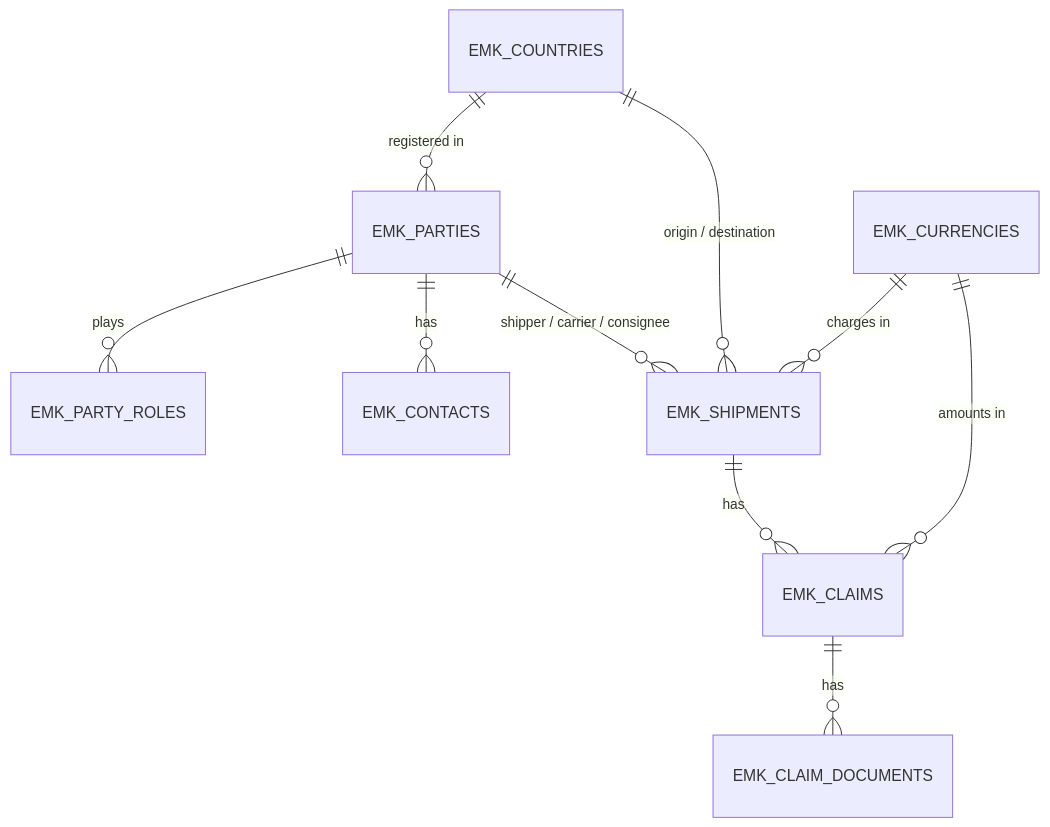
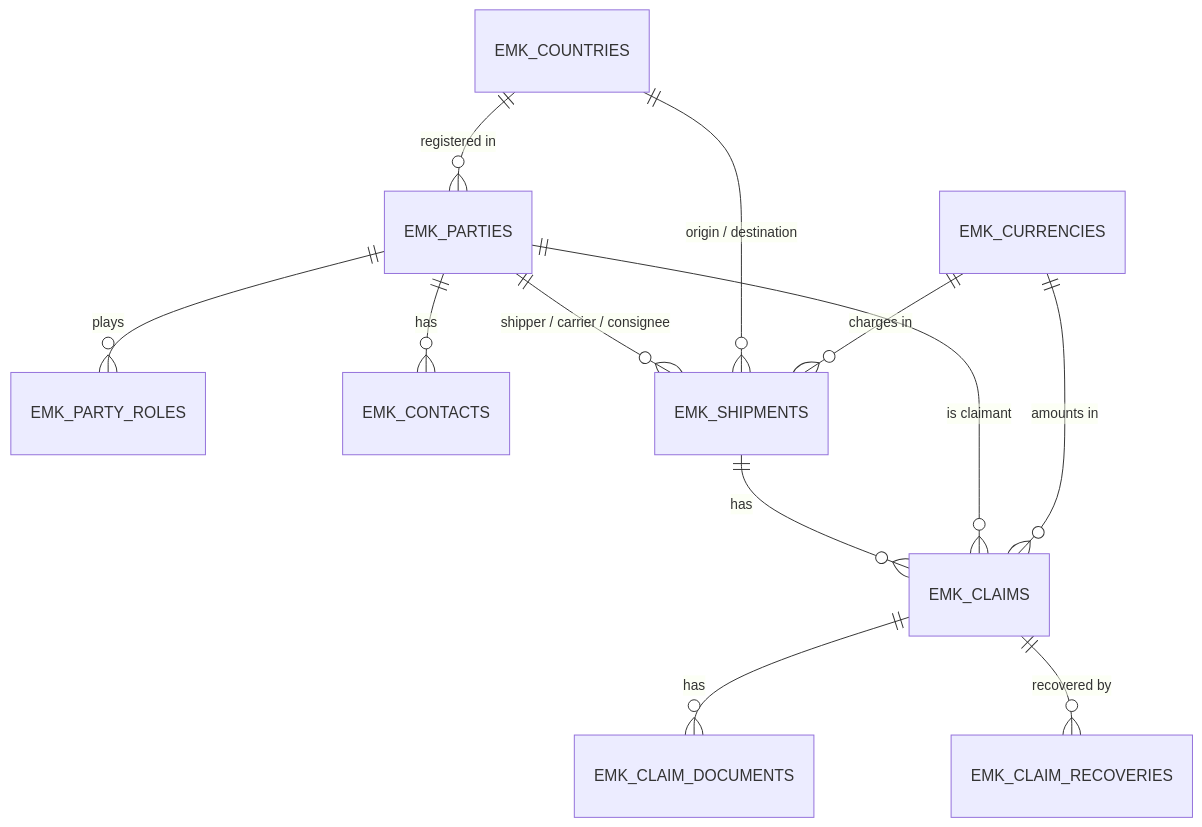
One commit to nmuller000/euromarket-claims-manager changed the diagram in docs/design/data-model-operational.md. Above: the diagram before and after it, drawn with Mermaid. The commit also changed other lines of this file and 12 other files, not shown here.

````diff
--- a/docs/design/data-model-operational.md
+++ b/docs/design/data-model-operational.md
@@ -16,12 +16,14 @@
 ```mermaid
 erDiagram
     EMK_PARTIES ||--o{ EMK_PARTY_ROLES : "plays"
     EMK_PARTIES ||--o{ EMK_CONTACTS : "has"
     EMK_PARTIES ||--o{ EMK_SHIPMENTS : "shipper / carrier / consignee"
     EMK_SHIPMENTS ||--o{ EMK_CLAIMS : "has"
     EMK_CLAIMS ||--o{ EMK_CLAIM_DOCUMENTS : "has"
+    EMK_CLAIMS ||--o{ EMK_CLAIM_RECOVERIES : "recovered by"
+    EMK_PARTIES ||--o{ EMK_CLAIMS : "is claimant"
     EMK_COUNTRIES ||--o{ EMK_PARTIES : "registered in"
     EMK_COUNTRIES ||--o{ EMK_SHIPMENTS : "origin / destination"
     EMK_CURRENCIES ||--o{ EMK_SHIPMENTS : "charges in"
     EMK_CURRENCIES ||--o{ EMK_CLAIMS : "amounts in"
 ```
````
